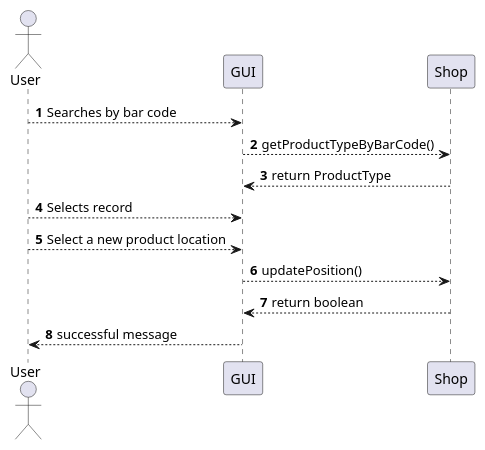
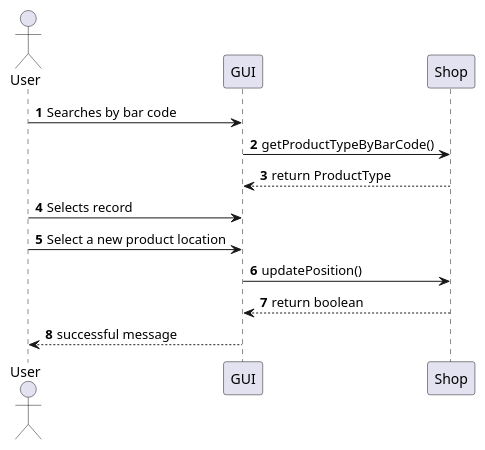
One commit to Stormz4/group20-EzShop changed the fifth of 23 diagrams in Deliverables/DesignDocument.md. Above: the diagram before and after it, drawn with PlantUML. The commit also changed other lines of this file, not shown here.

````diff
--- a/Deliverables/DesignDocument.md
+++ b/Deliverables/DesignDocument.md
@@ -336,15 +338,15 @@
 ```plantuml
 @startuml
 Actor User
 autonumber
-User --> GUI: Searches by bar code
-GUI --> Shop: getProductTypeByBarCode()
+User -> GUI: Searches by bar code
+GUI -> Shop: getProductTypeByBarCode()
 Shop --> GUI: return ProductType
 
-User --> GUI: Selects record
-User --> GUI: Select a new product location
-GUI --> Shop: updatePosition()
+User -> GUI: Selects record
+User -> GUI: Select a new product location
+GUI -> Shop: updatePosition()
 Shop --> GUI : return boolean
 GUI --> User : successful message
 @enduml
 ```
````
